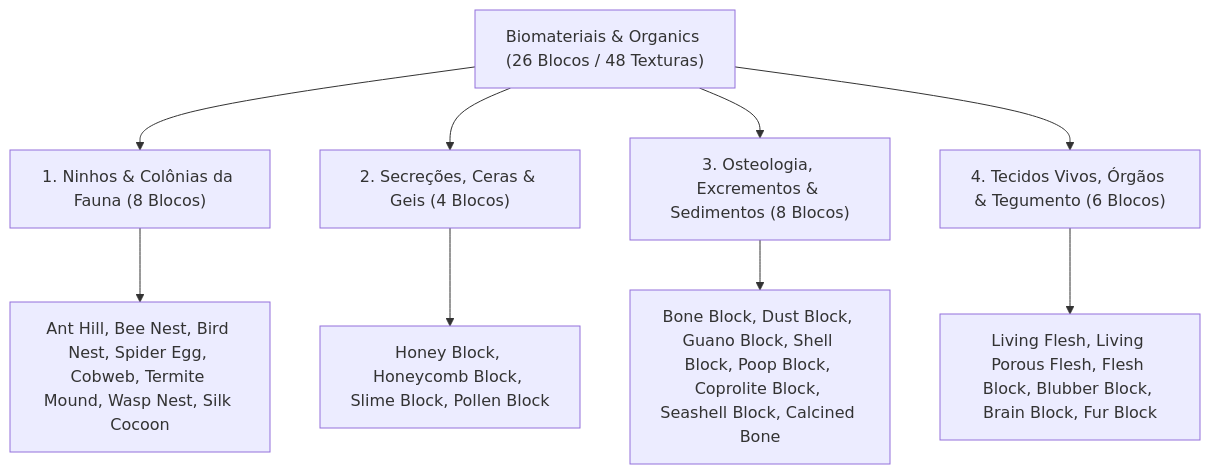
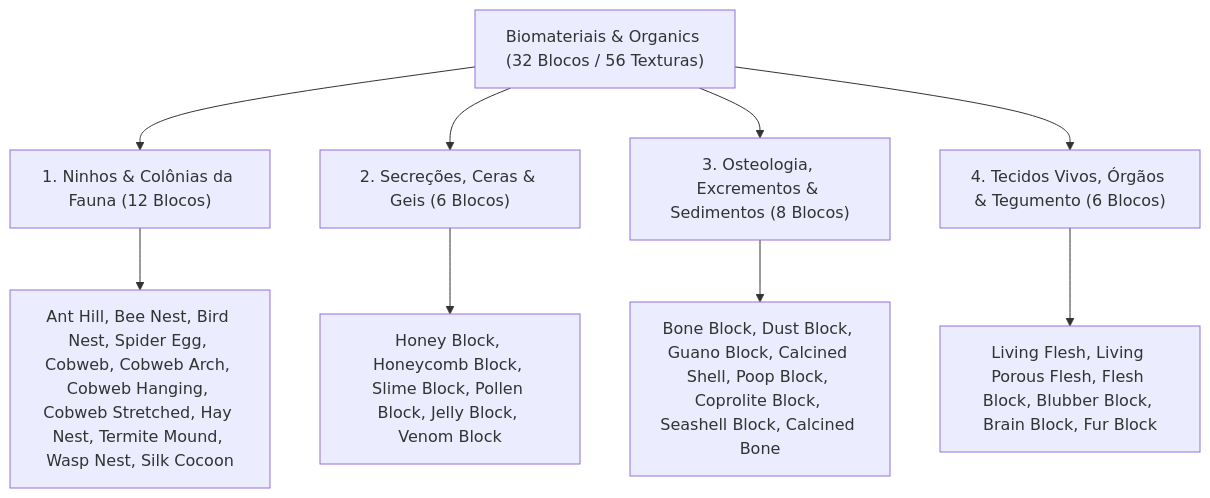
The diagram in docs/worldbuilding/organics_design.md (gabrtzweb/VoxelGameEngine), drawn with Mermaid before and after one commit. The commit also changed other lines of this file and 62 other files, not shown here.

````diff
--- a/docs/worldbuilding/organics_design.md
+++ b/docs/worldbuilding/organics_design.md
@@ -12,12 +12,12 @@
 ```mermaid
 graph TD
-    O["Biomateriais & Organics (26 Blocos / 48 Texturas)"] --> C1["1. Ninhos & Colônias da Fauna (8 Blocos)"]
-    O --> C2["2. Secreções, Ceras & Geis (4 Blocos)"]
+    O["Biomateriais & Organics (32 Blocos / 56 Texturas)"] --> C1["1. Ninhos & Colônias da Fauna (12 Blocos)"]
+    O --> C2["2. Secreções, Ceras & Geis (6 Blocos)"]
     O --> C3["3. Osteologia, Excrementos & Sedimentos (8 Blocos)"]
     O --> C4["4. Tecidos Vivos, Órgãos & Tegumento (6 Blocos)"]
 
-    C1 --> C1a["Ant Hill, Bee Nest, Bird Nest, Spider Egg, Cobweb, Termite Mound, Wasp Nest, Silk Cocoon"]
-    C2 --> C2a["Honey Block, Honeycomb Block, Slime Block, Pollen Block"]
-    C3 --> C3a["Bone Block, Dust Block, Guano Block, Shell Block, Poop Block, Coprolite Block, Seashell Block, Calcined Bone"]
+    C1 --> C1a["Ant Hill, Bee Nest, Bird Nest, Spider Egg, Cobweb, Cobweb Arch, Cobweb Hanging, Cobweb Stretched, Hay Nest, Termite Mound, Wasp Nest, Silk Cocoon"]
+    C2 --> C2a["Honey Block, Honeycomb Block, Slime Block, Pollen Block, Jelly Block, Venom Block"]
+    C3 --> C3a["Bone Block, Dust Block, Guano Block, Calcined Shell, Poop Block, Coprolite Block, Seashell Block, Calcined Bone"]
     C4 --> C4a["Living Flesh, Living Porous Flesh, Flesh Block, Blubber Block, Brain Block, Fur Block"]
 ```
````
